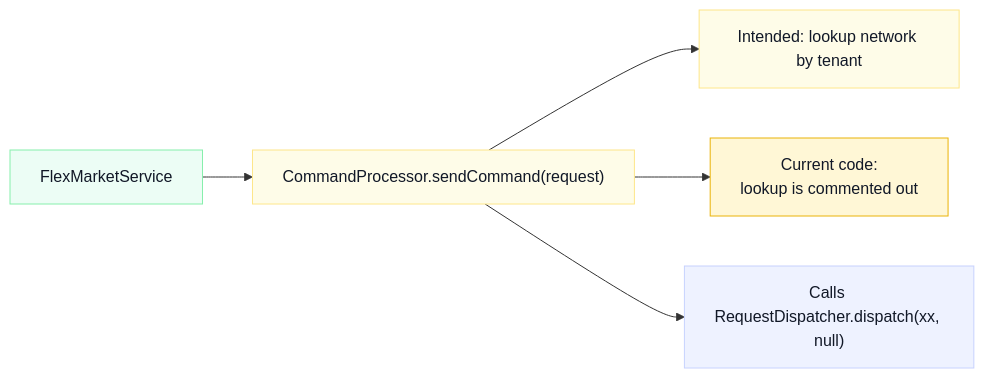
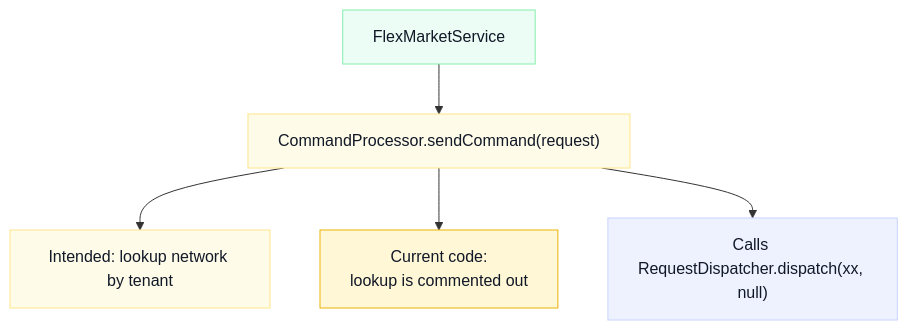
The fifth of 8 diagrams in app/flex-hub-connector/introduction/README.md (sbhrwl/microservices), drawn with Mermaid before and after one commit. The commit also changed other lines of this file, not shown here.

````diff
--- a/app/flex-hub-connector/introduction/README.md
+++ b/app/flex-hub-connector/introduction/README.md
@@ -86,19 +86,19 @@
 ```mermaid
-flowchart LR
+flowchart TD
     %% Handoff 3: FlexMarketService to CommandProcessor
 
     classDef inbound fill:#ecfdf5,stroke:#86efac,color:#111827
     classDef app fill:#fefce8,stroke:#fde68a,color:#111827
     classDef outbound fill:#eef2ff,stroke:#c7d2fe,color:#111827
     classDef note fill:#fff7d6,stroke:#eab308,color:#111827
 
     Service["FlexMarketService"] --> Processor["CommandProcessor.sendCommand(request)"]
     Processor --> Intended["Intended: lookup network by tenant"]
     Processor --> Gap["Current code:<br/>lookup is commented out"]
     Processor --> DispatcherCall["Calls RequestDispatcher.dispatch(xx, null)"]
 
     class Service inbound
     class Processor,Intended app
     class Gap note
     class DispatcherCall outbound
 ```
````
